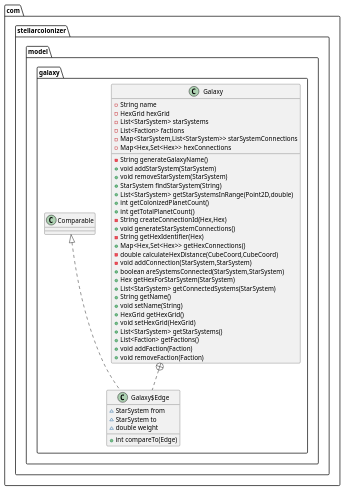
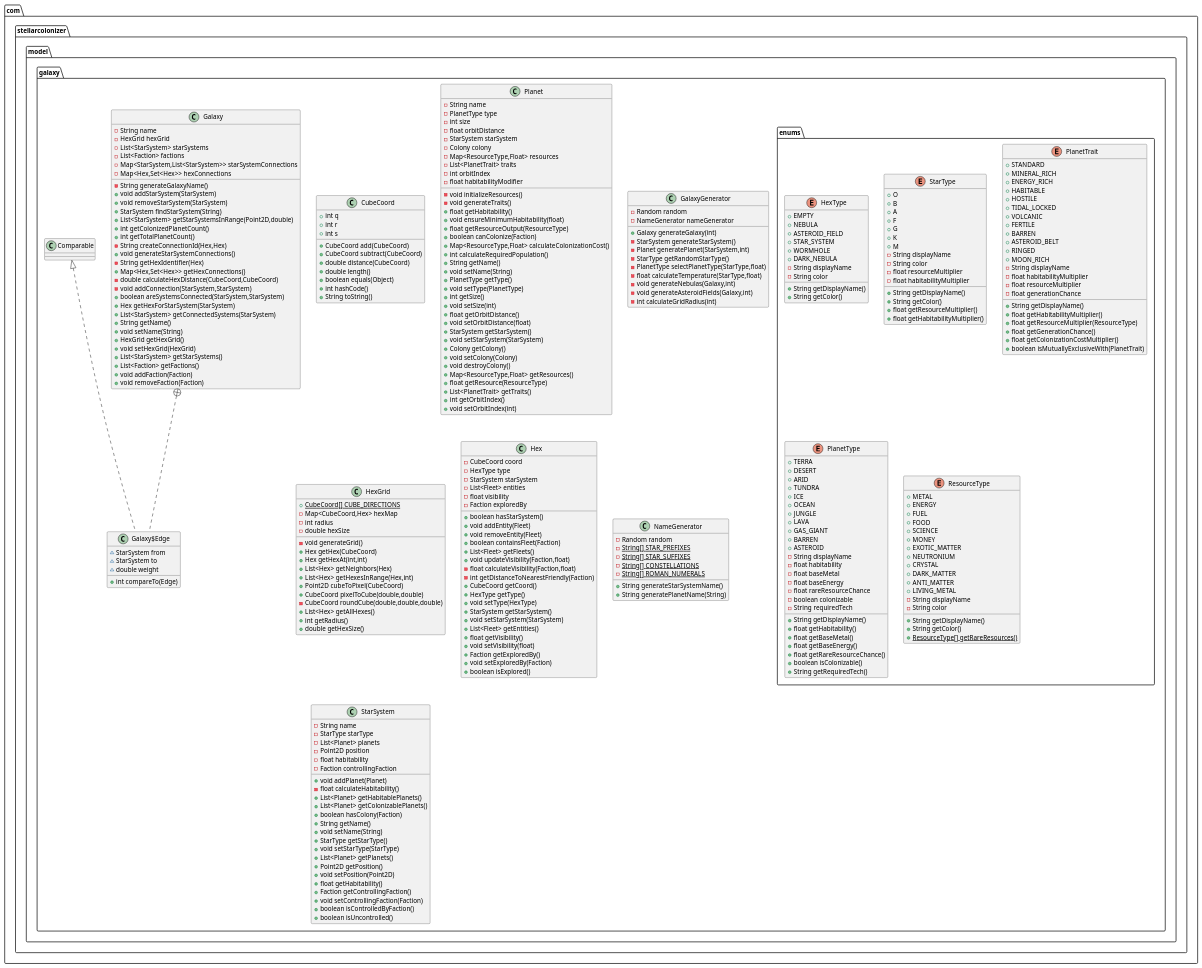
Before and after one commit to jinlin06/StellarColonizer: the diagram in UML/galaxy.puml, drawn with PlantUML. The commit also changed 1 other file, not shown here.

Commit message:
uml类图

```diff
--- a/UML/galaxy.puml
+++ b/UML/galaxy.puml
@@ -1,4 +1,209 @@
 @startuml
+class com.stellarcolonizer.model.galaxy.CubeCoord {
++ int q
++ int r
++ int s
++ CubeCoord add(CubeCoord)
++ CubeCoord subtract(CubeCoord)
++ double distance(CubeCoord)
++ double length()
++ boolean equals(Object)
++ int hashCode()
++ String toString()
+}
+
+
+enum com.stellarcolonizer.model.galaxy.enums.HexType {
++  EMPTY
++  NEBULA
++  ASTEROID_FIELD
++  STAR_SYSTEM
++  WORMHOLE
++  DARK_NEBULA
+- String displayName
+- String color
++ String getDisplayName()
++ String getColor()
+}
+
+
+enum com.stellarcolonizer.model.galaxy.enums.StarType {
++  O
++  B
++  A
++  F
++  G
++  K
++  M
+- String displayName
+- String color
+- float resourceMultiplier
+- float habitabilityMultiplier
++ String getDisplayName()
++ String getColor()
++ float getResourceMultiplier()
++ float getHabitabilityMultiplier()
+}
+
+
+class com.stellarcolonizer.model.galaxy.Planet {
+- String name
+- PlanetType type
+- int size
+- float orbitDistance
+- StarSystem starSystem
+- Colony colony
+- Map<ResourceType,Float> resources
+- List<PlanetTrait> traits
+- int orbitIndex
+- float habitabilityModifier
+- void initializeResources()
+- void generateTraits()
++ float getHabitability()
++ void ensureMinimumHabitability(float)
++ float getResourceOutput(ResourceType)
++ boolean canColonize(Faction)
++ Map<ResourceType,Float> calculateColonizationCost()
++ int calculateRequiredPopulation()
++ String getName()
++ void setName(String)
++ PlanetType getType()
++ void setType(PlanetType)
++ int getSize()
++ void setSize(int)
++ float getOrbitDistance()
++ void setOrbitDistance(float)
++ StarSystem getStarSystem()
++ void setStarSystem(StarSystem)
++ Colony getColony()
++ void setColony(Colony)
++ void destroyColony()
++ Map<ResourceType,Float> getResources()
++ float getResource(ResourceType)
++ List<PlanetTrait> getTraits()
++ int getOrbitIndex()
++ void setOrbitIndex(int)
+}
+
+
+class com.stellarcolonizer.model.galaxy.GalaxyGenerator {
+- Random random
+- NameGenerator nameGenerator
++ Galaxy generateGalaxy(int)
+- StarSystem generateStarSystem()
+- Planet generatePlanet(StarSystem,int)
+- StarType getRandomStarType()
+- PlanetType selectPlanetType(StarType,float)
+- float calculateTemperature(StarType,float)
+- void generateNebulas(Galaxy,int)
+- void generateAsteroidFields(Galaxy,int)
+- int calculateGridRadius(int)
+}
+
+
+class com.stellarcolonizer.model.galaxy.HexGrid {
++ {static} CubeCoord[] CUBE_DIRECTIONS
+- Map<CubeCoord,Hex> hexMap
+- int radius
+- double hexSize
+- void generateGrid()
++ Hex getHex(CubeCoord)
++ Hex getHexAt(int,int)
++ List<Hex> getNeighbors(Hex)
++ List<Hex> getHexesInRange(Hex,int)
++ Point2D cubeToPixel(CubeCoord)
++ CubeCoord pixelToCube(double,double)
+- CubeCoord roundCube(double,double,double)
++ List<Hex> getAllHexes()
++ int getRadius()
++ double getHexSize()
+}
+
+
+enum com.stellarcolonizer.model.galaxy.enums.PlanetTrait {
++  STANDARD
++  MINERAL_RICH
++  ENERGY_RICH
++  HABITABLE
++  HOSTILE
++  TIDAL_LOCKED
++  VOLCANIC
++  FERTILE
++  BARREN
++  ASTEROID_BELT
++  RINGED
++  MOON_RICH
+- String displayName
+- float habitabilityMultiplier
+- float resourceMultiplier
+- float generationChance
++ String getDisplayName()
++ float getHabitabilityMultiplier()
++ float getResourceMultiplier(ResourceType)
++ float getGenerationChance()
++ float getColonizationCostMultiplier()
++ boolean isMutuallyExclusiveWith(PlanetTrait)
+}
+
+
+class com.stellarcolonizer.model.galaxy.Hex {
+- CubeCoord coord
+- HexType type
+- StarSystem starSystem
+- List<Fleet> entities
+- float visibility
+- Faction exploredBy
++ boolean hasStarSystem()
++ void addEntity(Fleet)
++ void removeEntity(Fleet)
++ boolean containsFleet(Faction)
++ List<Fleet> getFleets()
++ void updateVisibility(Faction,float)
+- float calculateVisibility(Faction,float)
+- int getDistanceToNearestFriendly(Faction)
++ CubeCoord getCoord()
++ HexType getType()
++ void setType(HexType)
++ StarSystem getStarSystem()
++ void setStarSystem(StarSystem)
++ List<Fleet> getEntities()
++ float getVisibility()
++ void setVisibility(float)
++ Faction getExploredBy()
++ void setExploredBy(Faction)
++ boolean isExplored()
+}
+
+
+enum com.stellarcolonizer.model.galaxy.enums.PlanetType {
++  TERRA
++  DESERT
++  ARID
++  TUNDRA
++  ICE
++  OCEAN
++  JUNGLE
++  LAVA
++  GAS_GIANT
++  BARREN
++  ASTEROID
+- String displayName
+- float habitability
+- float baseMetal
+- float baseEnergy
+- float rareResourceChance
+- boolean colonizable
+- String requiredTech
++ String getDisplayName()
++ float getHabitability()
++ float getBaseMetal()
++ float getBaseEnergy()
++ float getRareResourceChance()
++ boolean isColonizable()
++ String getRequiredTech()
+}
+
+
 class com.stellarcolonizer.model.galaxy.Galaxy {
 - String name
 - HexGrid hexGrid
@@ -41,6 +246,65 @@
 }
 
 
+class com.stellarcolonizer.model.galaxy.NameGenerator {
+- Random random
+- {static} String[] STAR_PREFIXES
+- {static} String[] STAR_SUFFIXES
+- {static} String[] CONSTELLATIONS
+- {static} String[] ROMAN_NUMERALS
++ String generateStarSystemName()
++ String generatePlanetName(String)
+}
+
+
+class com.stellarcolonizer.model.galaxy.StarSystem {
+- String name
+- StarType starType
+- List<Planet> planets
+- Point2D position
+- float habitability
+- Faction controllingFaction
++ void addPlanet(Planet)
+- float calculateHabitability()
++ List<Planet> getHabitablePlanets()
++ List<Planet> getColonizablePlanets()
++ boolean hasColony(Faction)
++ String getName()
++ void setName(String)
++ StarType getStarType()
++ void setStarType(StarType)
++ List<Planet> getPlanets()
++ Point2D getPosition()
++ void setPosition(Point2D)
++ float getHabitability()
++ Faction getControllingFaction()
++ void setControllingFaction(Faction)
++ boolean isControlledByFaction()
++ boolean isUncontrolled()
+}
+
+
+enum com.stellarcolonizer.model.galaxy.enums.ResourceType {
++  METAL
++  ENERGY
++  FUEL
++  FOOD
++  SCIENCE
++  MONEY
++  EXOTIC_MATTER
++  NEUTRONIUM
++  CRYSTAL
++  DARK_MATTER
++  ANTI_MATTER
++  LIVING_METAL
+- String displayName
+- String color
++ String getDisplayName()
++ String getColor()
++ {static} ResourceType[] getRareResources()
+}
+
+
 
 
 com.stellarcolonizer.model.galaxy.Galaxy +.. com.stellarcolonizer.model.galaxy.Galaxy$Edge
```
